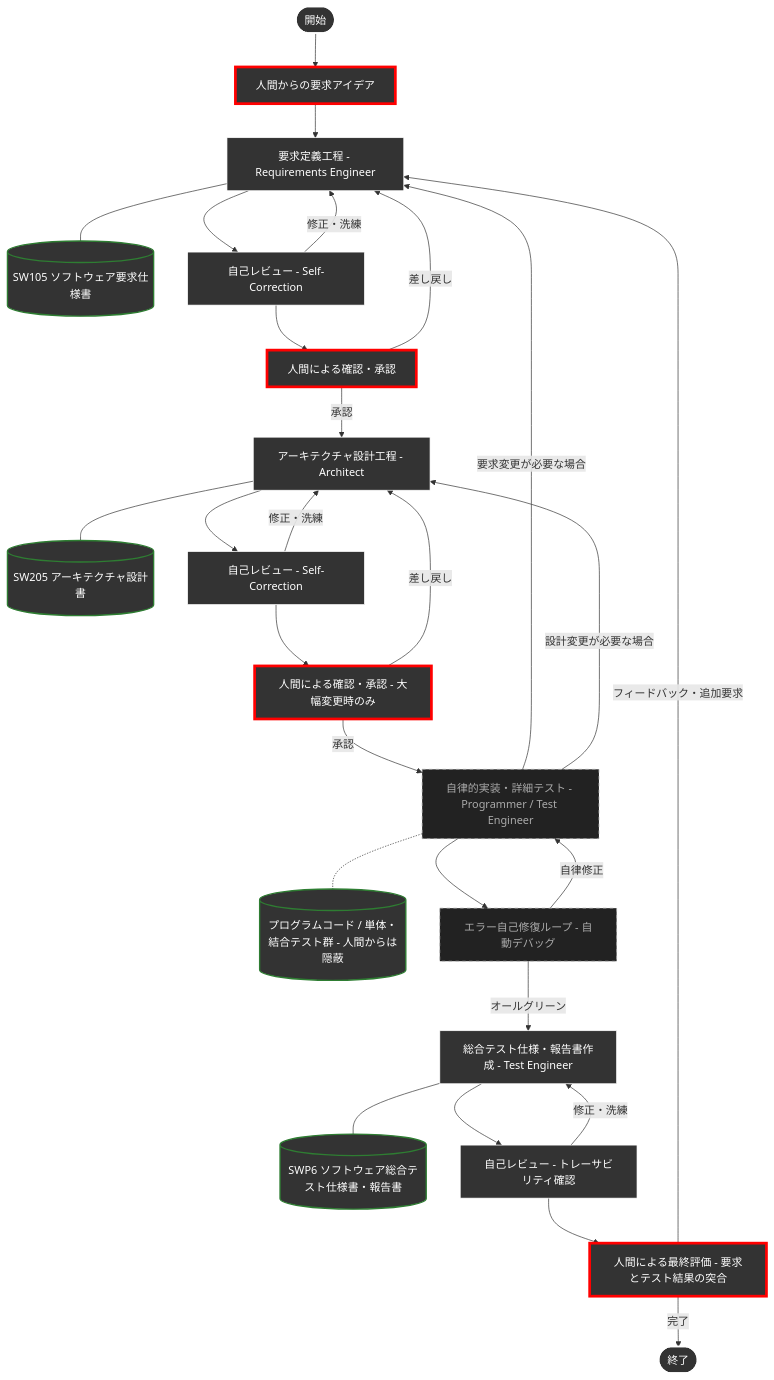
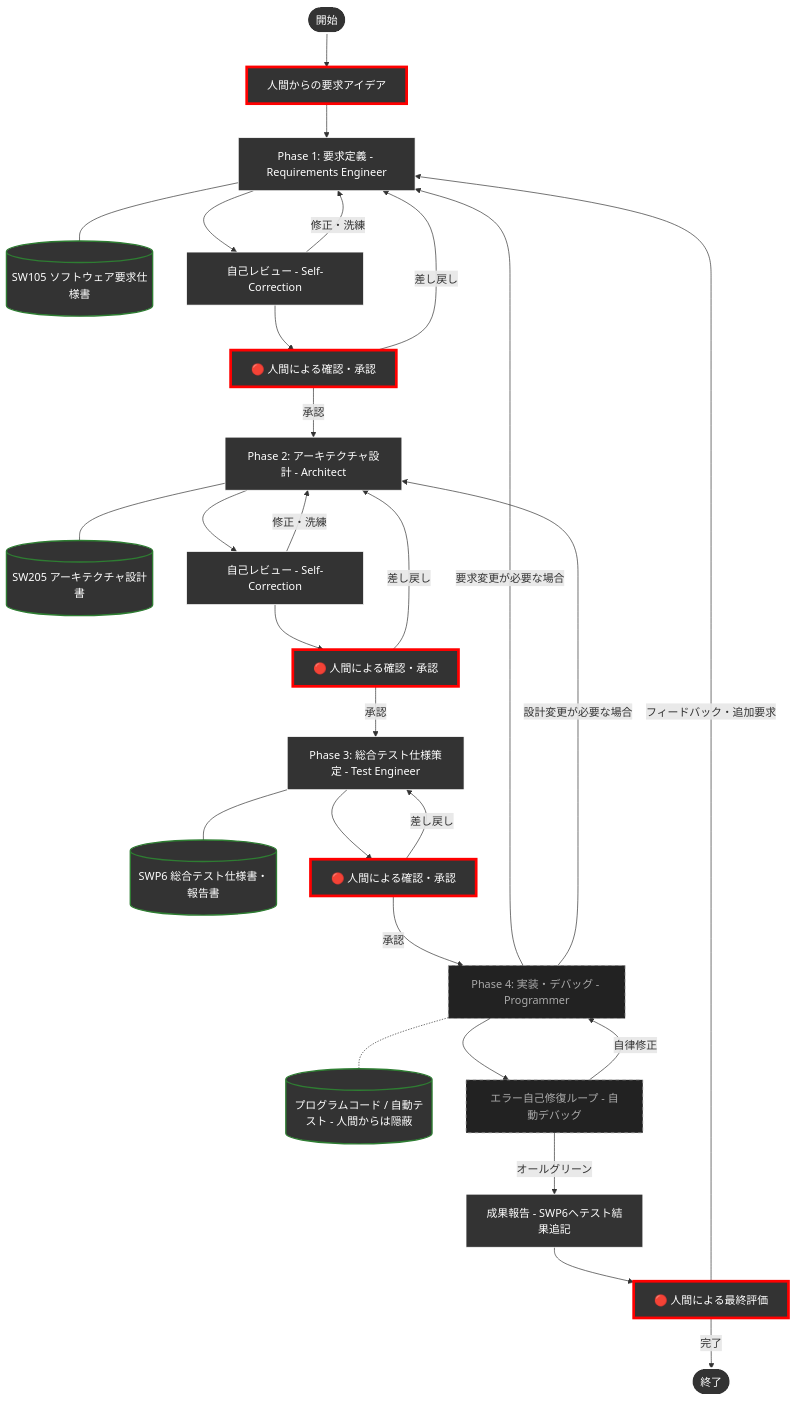
Before and after one commit to yamaPiT/VoiceNavi: the diagram in README.md, drawn with Mermaid. The commit also changed other lines of this file and 48 other files, not shown here.

````diff
--- a/README.md
+++ b/README.md
@@ -31,46 +48,53 @@
 ```mermaid
 graph TD
     Start(["開始"]) --> UserReq["人間からの要求アイデア"]
-    UserReq --> Req["要求定義工程 - Requirements Engineer"]
+    
+    %% Phase 1
+    UserReq --> Req["Phase 1: 要求定義 - Requirements Engineer"]
     Req --- ReqDoc[("SW105 ソフトウェア要求仕様書")]
     Req --> ReqRev["自己レビュー - Self-Correction"]
     ReqRev -- 修正・洗練 --> Req
-    ReqRev --> ReqHum["人間による確認・承認"]
+    ReqRev --> ReqHum["🔴 人間による確認・承認"]
     ReqHum -- 差し戻し --> Req
-    ReqHum -- 承認 --> Arch["アーキテクチャ設計工程 - Architect"]
-
+    
+    %% Phase 2
+    ReqHum -- 承認 --> Arch["Phase 2: アーキテクチャ設計 - Architect"]
     Arch --- ArchDoc[("SW205 アーキテクチャ設計書")]
     Arch --> ArchRev["自己レビュー - Self-Correction"]
     ArchRev -- 修正・洗練 --> Arch
-    ArchRev --> ArchHum["人間による確認・承認 - 大幅変更時のみ"]
+    ArchRev --> ArchHum["🔴 人間による確認・承認"]
     ArchHum -- 差し戻し --> Arch
-    ArchHum -- 承認 --> Impl["自律的実装・詳細テスト - Programmer / Test Engineer"]
-
-    Impl -.- ProgDoc[("プログラムコード / 単体・結合テスト群 - 人間からは隠蔽")]
+    
+    %% Phase 3
+    ArchHum -- 承認 --> TestPlan["Phase 3: 総合テスト仕様策定 - Test Engineer"]
+    TestPlan --- TestDoc[("SWP6 総合テスト仕様書・報告書")]
+    TestPlan --> TestHum["🔴 人間による確認・承認"]
+    TestHum -- 差し戻し --> TestPlan
+    
+    %% Phase 4
+    TestHum -- 承認 --> Impl["Phase 4: 実装・デバッグ - Programmer"]
+    Impl -.- ProgDoc[("プログラムコード / 自動テスト - 人間からは隠蔽")]
     Impl --> ImplLoop["エラー自己修復ループ - 自動デバッグ"]
     ImplLoop -- 自律修正 --> Impl
     Impl -- 要求変更が必要な場合 --> Req
     Impl -- 設計変更が必要な場合 --> Arch
-    ImplLoop -- オールグリーン --> Test["総合テスト仕様・報告書作成 - Test Engineer"]
-
-    Test --- TestDoc[("SWP6 ソフトウェア総合テスト仕様書・報告書")]
-    Test --> TestRev["自己レビュー - トレーサビリティ確認"]
-    TestRev -- 修正・洗練 --> Test
-
-    TestRev --> Approve["人間による最終評価 - 要求とテスト結果の突合"]
+    
+    %% 成果報告
+    ImplLoop -- オールグリーン --> Report["成果報告 - SWP6へテスト結果追記"]
+    Report --> Approve["🔴 人間による最終評価"]
     Approve -- フィードバック・追加要求 --> Req
     Approve -- 完了 --> End(["終了"])
 
     %% スタイル定義
     classDef human fill:#333333,stroke:#ff0000,stroke-width:4px,color:#ffffff;
     classDef agent fill:#333333,stroke:#FFFFFF,stroke-width:1px,color:#ffffff;
     classDef doc fill:#333333,stroke:#2e7d32,stroke-width:2px,color:#ffffff;
     classDef hiddenAgent fill:#222222,stroke:#aaaaaa,stroke-width:1px,stroke-dasharray: 5 5,color:#aaaaaa;
     classDef startEnd fill:#333333,stroke:#ffffff,stroke-width:2px,color:#ffffff;
 
-    class UserReq,ReqHum,ArchHum,Approve human;
-    class Req,ReqRev,Arch,ArchRev,Test,TestRev agent;
+    class UserReq,ReqHum,ArchHum,TestHum,Approve human;
+    class Req,ReqRev,Arch,ArchRev,TestPlan,Report agent;
     class Impl,ImplLoop hiddenAgent;
     class ReqDoc,ArchDoc,ProgDoc,TestDoc doc;
     class Start,End startEnd;
 ```
````
